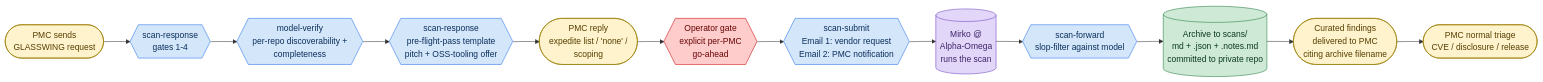
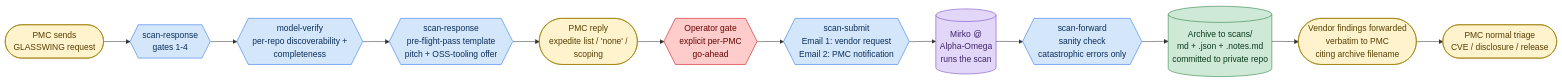
One commit to raboof/apache-security-dash changed the first of 4 diagrams in README.md. Above: the diagram before and after it, drawn with Mermaid. The commit also changed other lines of this file and 8 other files, not shown here.

````diff
--- a/README.md
+++ b/README.md
@@ -57,20 +63,20 @@
 ```mermaid
 flowchart LR
     PMC([PMC sends<br/>GLASSWING request]):::pmc --> R{{scan-response<br/>gates 1-4}}:::skill
     R --> V{{model-verify<br/>per-repo discoverability +<br/>completeness}}:::skill
     V --> P{{scan-response<br/>pre-flight-pass template<br/>pitch + OSS-tooling offer}}:::skill
     P --> PR([PMC reply<br/>expedite list / 'none' /<br/>scoping]):::pmc
     PR --> G{{Operator gate<br/>explicit per-PMC<br/>go-ahead}}:::gate
     G --> S{{scan-submit<br/>Email 1: vendor request<br/>Email 2: PMC notification}}:::skill
     S --> M[(Mirko @<br/>Alpha-Omega<br/>runs the scan)]:::vendor
-    M --> F{{scan-forward<br/>slop-filter against model}}:::skill
+    M --> F{{scan-forward<br/>sanity check<br/>catastrophic errors only}}:::skill
     F --> A[(Archive to scans/<br/>md + .json + .notes.md<br/>committed to private repo)]:::archive
-    A --> RES([Curated findings<br/>delivered to PMC<br/>citing archive filename]):::pmc
+    A --> RES([Vendor findings forwarded<br/>verbatim to PMC<br/>citing archive filename]):::pmc
     RES --> T([PMC normal triage<br/>CVE / disclosure / release]):::pmc
 
     classDef pmc fill:#fff3cd,stroke:#9a7d00,color:#553e00
     classDef skill fill:#d4e6f9,stroke:#1f6feb,color:#0a2e5c
     classDef gate fill:#ffcccc,stroke:#cc0000,color:#660000
     classDef vendor fill:#e2d6f9,stroke:#6f42c1,color:#3d2469
     classDef archive fill:#cfe9d7,stroke:#1f7a3a,color:#0a3a1c
 ```
````
